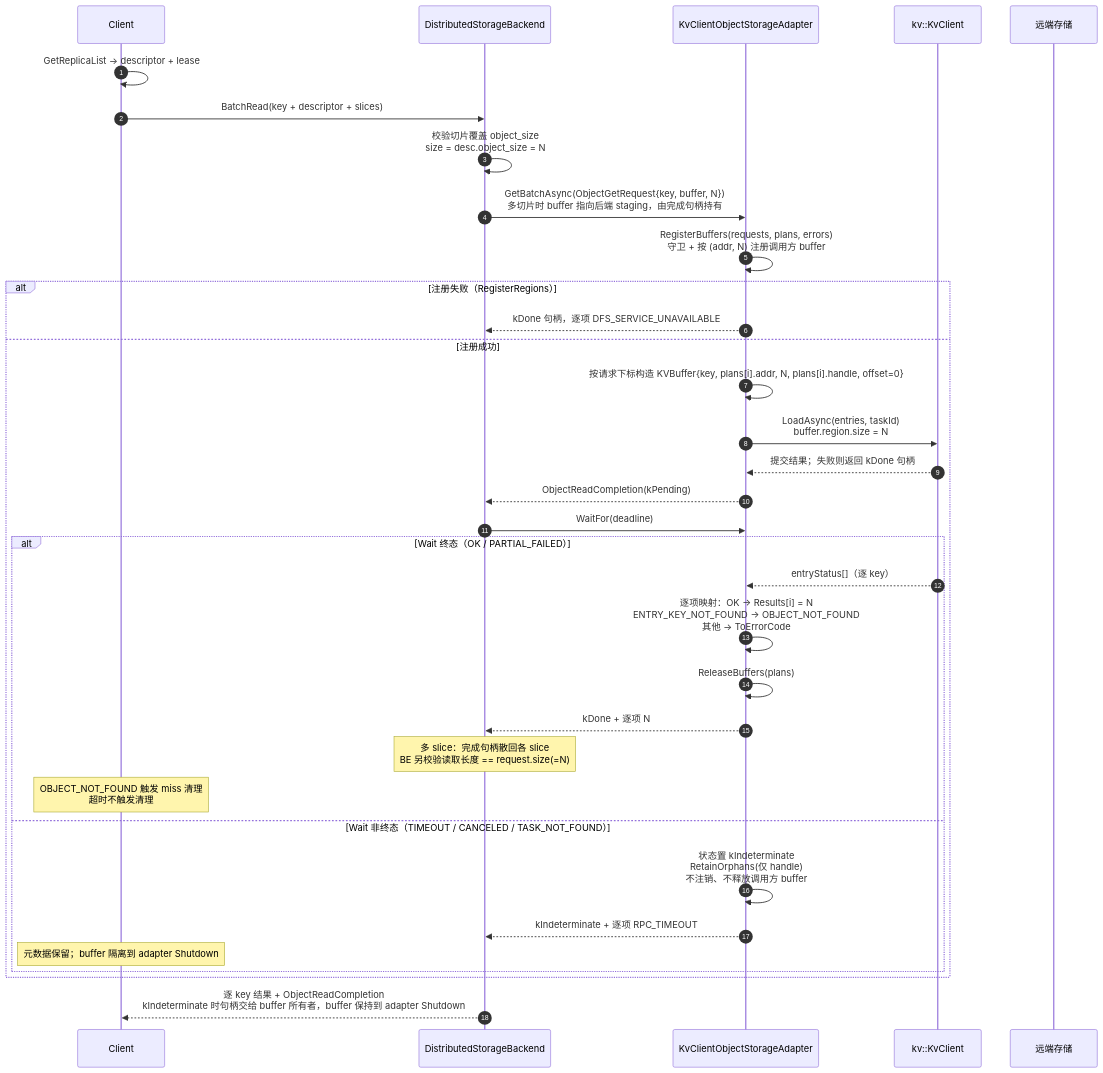
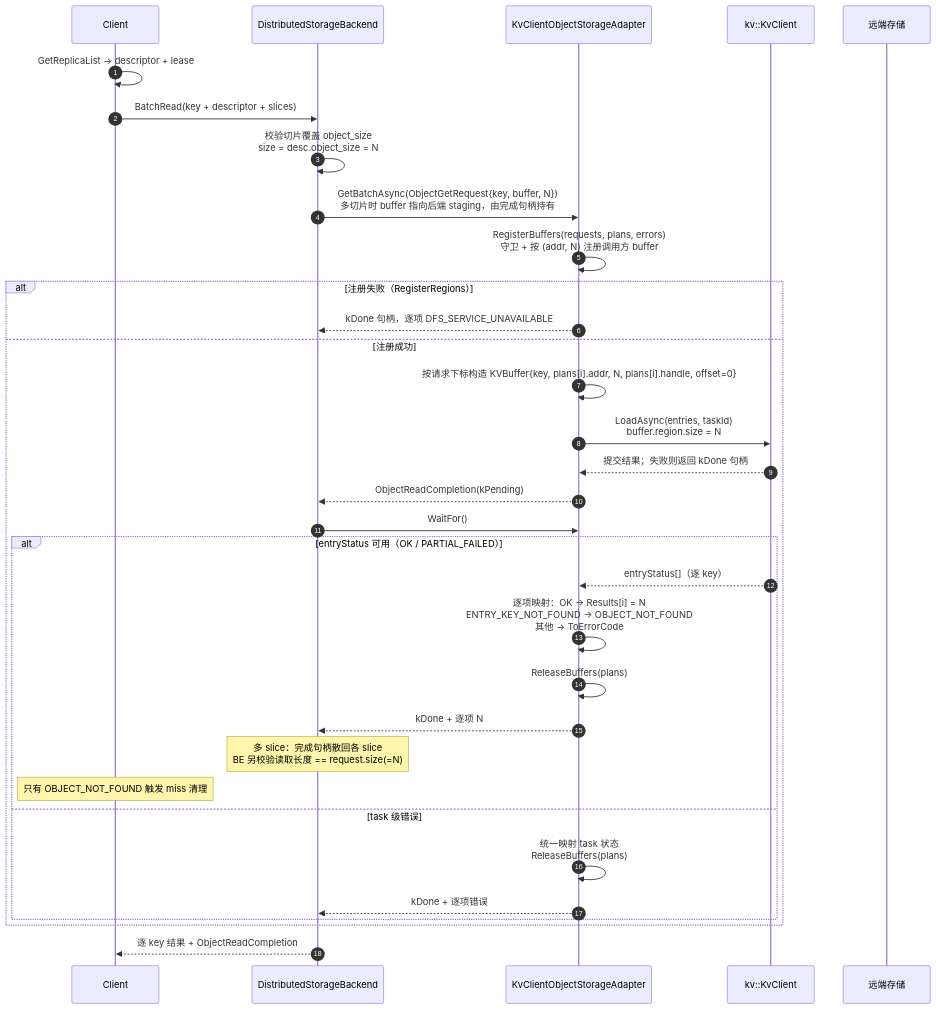
One commit to zwj20000328-dotcom/Mooncake-documents changed the tenth of 13 diagrams in Mooncake + KVClient L3 接入（Kvcs）- v3.md. Above: the diagram before and after it, drawn with Mermaid. The commit also changed other lines of this file and 2 other files, not shown here.

Commit message:
docs: leave validation and timeout to the kvclient SDK

````diff
--- a/Mooncake + KVClient L3 接入（Kvcs）- v3.md
+++ b/Mooncake + KVClient L3 接入（Kvcs）- v3.md
@@ -645,37 +644,36 @@
 ```mermaid
 sequenceDiagram
     autonumber
     participant C as Client
     participant BE as DistributedStorageBackend
     participant AD as KvClientObjectStorageAdapter
     participant SDK as kv::KvClient
     participant S as 远端存储
 
     C->>C: GetReplicaList → descriptor + lease
     C->>BE: BatchRead(key + descriptor + slices)
     BE->>BE: 校验切片覆盖 object_size<br/>size = desc.object_size = N
     BE->>AD: GetBatchAsync(ObjectGetRequest{key, buffer, N})<br/>多切片时 buffer 指向后端 staging，由完成句柄持有
     AD->>AD: RegisterBuffers(requests, plans, errors)<br/>守卫 + 按 (addr, N) 注册调用方 buffer
     alt 注册失败（RegisterRegions）
         AD-->>BE: kDone 句柄，逐项 DFS_SERVICE_UNAVAILABLE
     else 注册成功
         AD->>AD: 按请求下标构造 KVBuffer{key, plans[i].addr, N, plans[i].handle, offset=0}
         AD->>SDK: LoadAsync(entries, taskId)<br/>buffer.region.size = N
         SDK-->>AD: 提交结果；失败则返回 kDone 句柄
         AD-->>BE: ObjectReadCompletion(kPending)
-        BE->>AD: WaitFor(deadline)
-        alt Wait 终态（OK / PARTIAL_FAILED）
+        BE->>AD: WaitFor()
+        alt entryStatus 可用（OK / PARTIAL_FAILED）
             SDK-->>AD: entryStatus[]（逐 key）
             AD->>AD: 逐项映射：OK → Results[i] = N<br/>ENTRY_KEY_NOT_FOUND → OBJECT_NOT_FOUND<br/>其他 → ToErrorCode
             AD->>AD: ReleaseBuffers(plans)
             AD-->>BE: kDone + 逐项 N
             Note over BE: 多 slice：完成句柄散回各 slice<br/>BE 另校验读取长度 == request.size(=N)
-            Note over C: OBJECT_NOT_FOUND 触发 miss 清理<br/>超时不触发清理
-        else Wait 非终态（TIMEOUT / CANCELED / TASK_NOT_FOUND）
-            AD->>AD: 状态置 kIndeterminate<br/>RetainOrphans(仅 handle)<br/>不注销、不释放调用方 buffer
-            AD-->>BE: kIndeterminate + 逐项 RPC_TIMEOUT
-            Note over C: 元数据保留；buffer 隔离到 adapter Shutdown
+            Note over C: 只有 OBJECT_NOT_FOUND 触发 miss 清理
+        else task 级错误
+            AD->>AD: 统一映射 task 状态<br/>ReleaseBuffers(plans)
+            AD-->>BE: kDone + 逐项错误
         end
     end
-    BE-->>C: 逐 key 结果 + ObjectReadCompletion<br/>kIndeterminate 时句柄交给 buffer 所有者，buffer 保持到 adapter Shutdown
+    BE-->>C: 逐 key 结果 + ObjectReadCompletion
 ```
````
